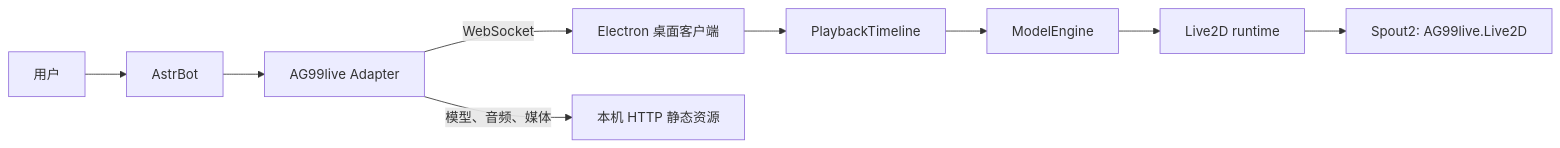
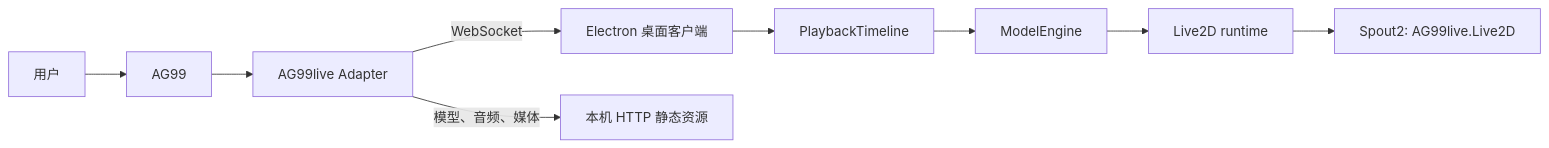
One commit to murphys7017/AG99live changed the diagram in docs/01-架构与结构/01-项目总览与模块职责.md. Above: the diagram before and after it, drawn with Mermaid. The commit also changed other lines of this file and 19 other files, not shown here.

Commit message:
docs: clarify AG99live product positioning and roadmap

````diff
--- a/docs/01-架构与结构/01-项目总览与模块职责.md
+++ b/docs/01-架构与结构/01-项目总览与模块职责.md
@@ -7,11 +7,11 @@
 ```mermaid
 flowchart LR
-    U[用户] --> A[AstrBot]
+    U[用户] --> A[AG99]
     A --> P[AG99live Adapter]
     P -->|WebSocket| F[Electron 桌面客户端]
     P -->|模型、音频、媒体| H[本机 HTTP 静态资源]
     F --> T[PlaybackTimeline]
     T --> M[ModelEngine]
     M --> L[Live2D runtime]
     L --> S[Spout2: AG99live.Live2D]
 ```
````
